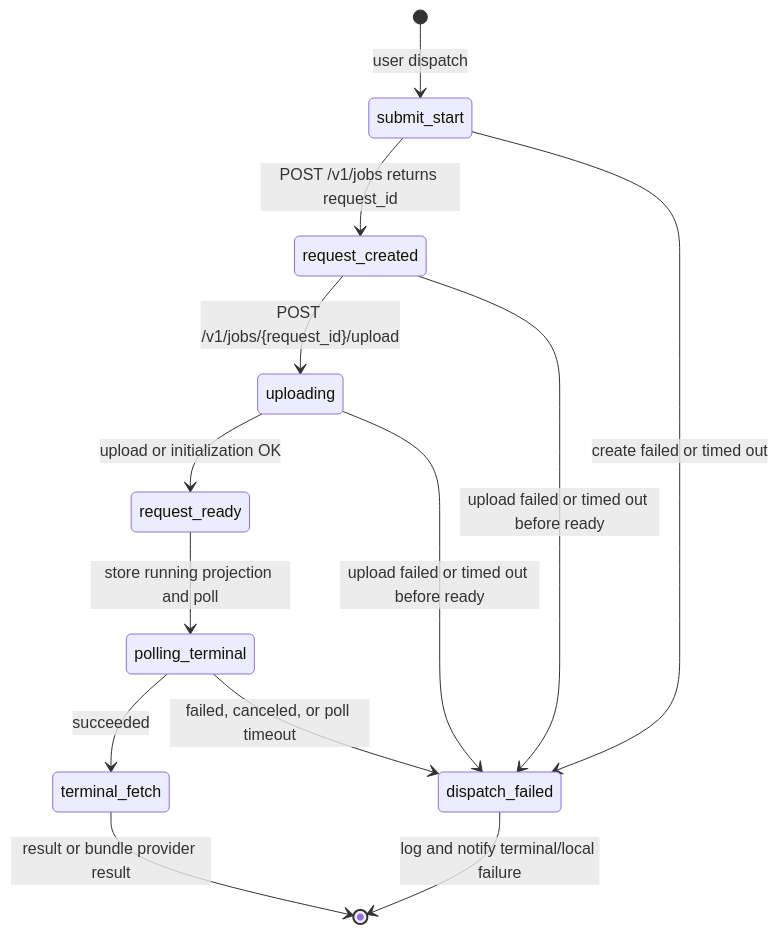
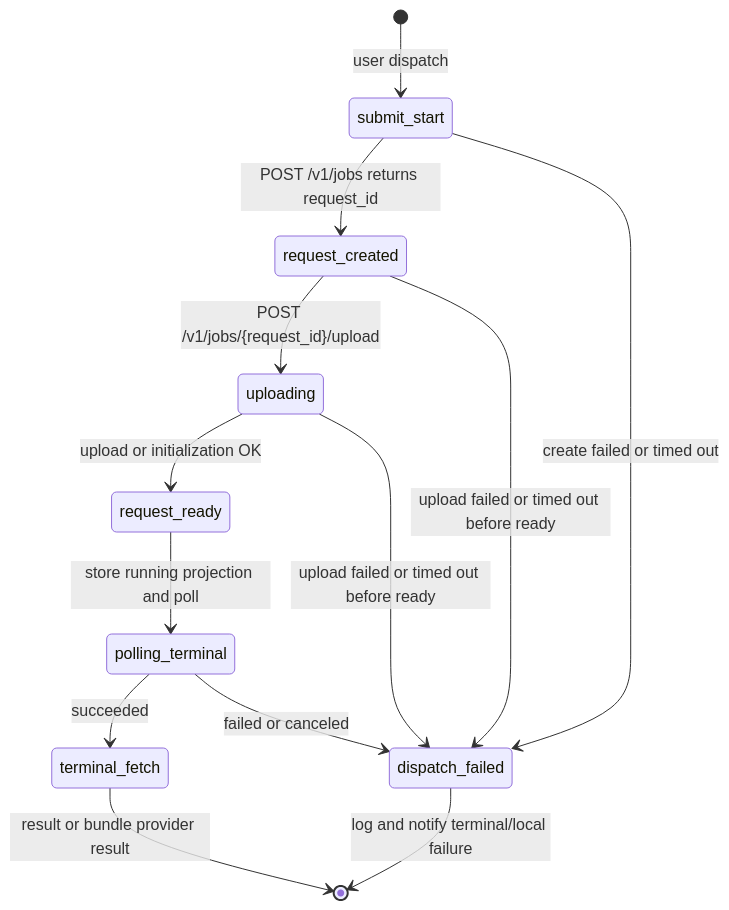
One commit to leike0813/zotero-agents changed the first of 5 diagrams in doc/components/skillrunner-provider-state-machine-ssot.md. Above: the diagram before and after it, drawn with Mermaid. The commit also changed other lines of this file and 15 other files, not shown here.

````diff
--- a/doc/components/skillrunner-provider-state-machine-ssot.md
+++ b/doc/components/skillrunner-provider-state-machine-ssot.md
@@ -57,17 +57,17 @@
 ```mermaid
 stateDiagram-v2
   [*] --> submit_start: user dispatch
   submit_start --> request_created: POST /v1/jobs returns request_id
   request_created --> uploading: POST /v1/jobs/{request_id}/upload
   uploading --> request_ready: upload or initialization OK
 
   submit_start --> dispatch_failed: create failed or timed out
   request_created --> dispatch_failed: upload failed or timed out before ready
   uploading --> dispatch_failed: upload failed or timed out before ready
 
   request_ready --> polling_terminal: store running projection and poll
   polling_terminal --> terminal_fetch: succeeded
-  polling_terminal --> dispatch_failed: failed, canceled, or poll timeout
+  polling_terminal --> dispatch_failed: failed or canceled
   terminal_fetch --> [*]: result or bundle provider result
   dispatch_failed --> [*]: log and notify terminal/local failure
 ```
````
